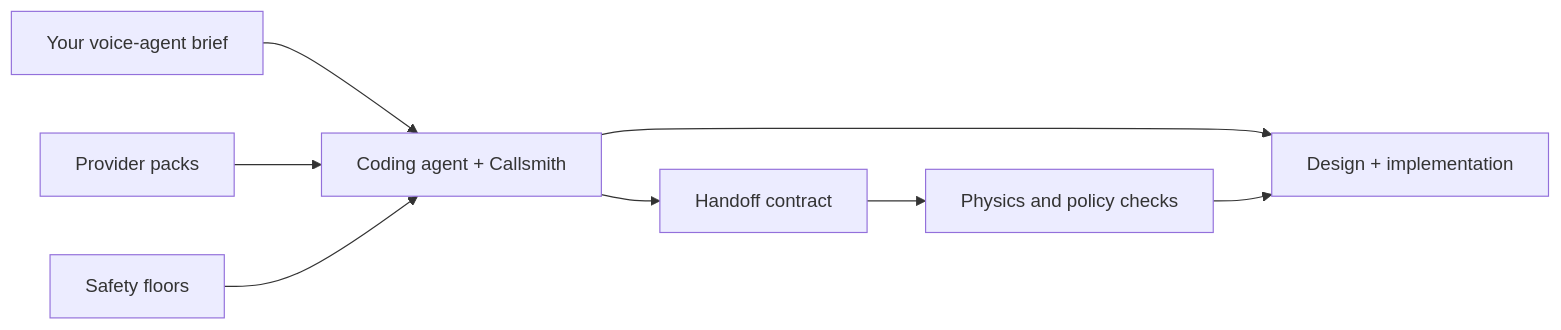
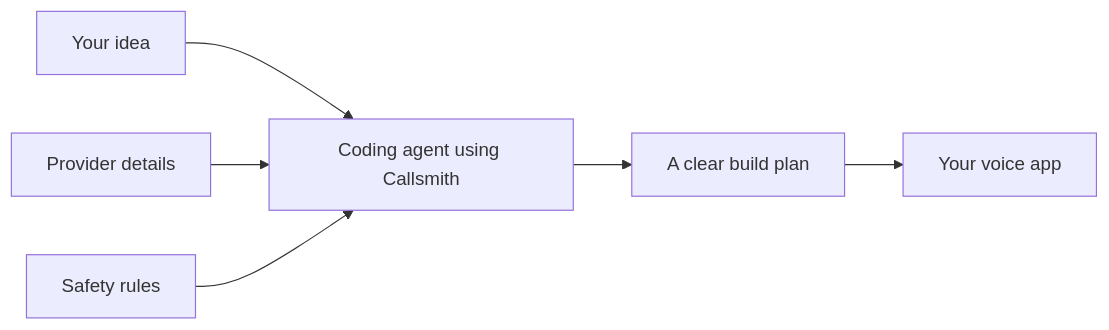
One commit to Nachi-Kulkarni/Callsmith_skills changed the diagram in README.md. Above: the diagram before and after it, drawn with Mermaid. The commit also changed other lines of this file and 6 other files, not shown here.

````diff
--- a/README.md
+++ b/README.md
@@ -37,10 +39,8 @@
 ```mermaid
 flowchart LR
-    A["Your voice-agent brief"] --> B["Coding agent + Callsmith"]
-    P["Provider packs"] --> B
-    F["Safety floors"] --> B
-    B --> C["Design + implementation"]
-    B --> D["Handoff contract"]
-    D --> E["Physics and policy checks"]
-    E --> C
+    A["Your idea"] --> B["Coding agent using Callsmith"]
+    P["Provider details"] --> B
+    F["Safety rules"] --> B
+    B --> C["A clear build plan"]
+    C --> D["Your voice app"]
 ```
````
